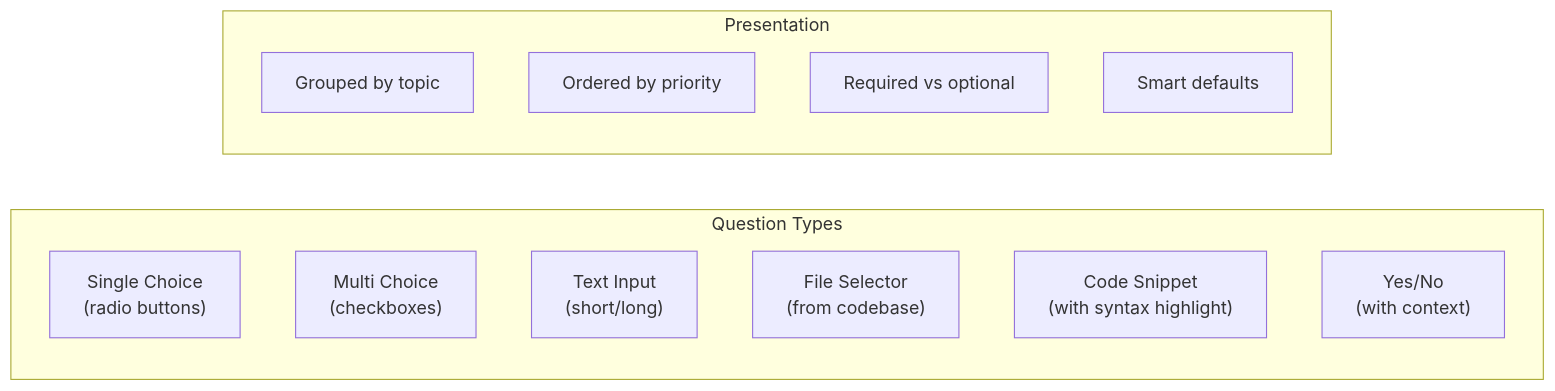
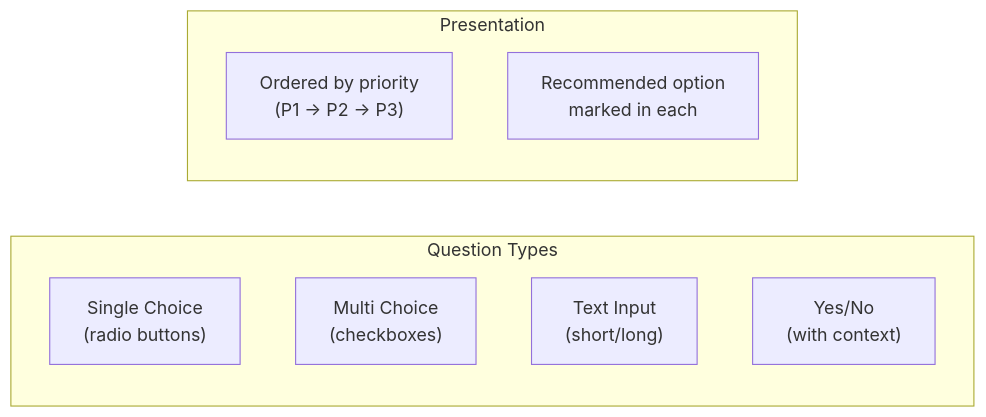
Before and after one commit to clrke/ralph-web: the fourth of 13 diagrams in README.md, drawn with Mermaid. The commit also changed other lines of this file, not shown here.

````diff
--- a/README.md
+++ b/README.md
@@ -225,18 +227,14 @@
 ```mermaid
 flowchart LR
     subgraph QuestionTypes["Question Types"]
         SingleChoice["Single Choice<br/>(radio buttons)"]
         MultiChoice["Multi Choice<br/>(checkboxes)"]
         TextInput["Text Input<br/>(short/long)"]
-        FileSelect["File Selector<br/>(from codebase)"]
-        CodeSnippet["Code Snippet<br/>(with syntax highlight)"]
         Confirmation["Yes/No<br/>(with context)"]
     end
 
     subgraph Presentation["Presentation"]
-        Grouped["Grouped by topic"]
-        Priority["Ordered by priority"]
-        Required["Required vs optional"]
-        Defaults["Smart defaults"]
+        Priority["Ordered by priority<br/>(P1 → P2 → P3)"]
+        Defaults["Recommended option<br/>marked in each"]
     end
 ```
````
